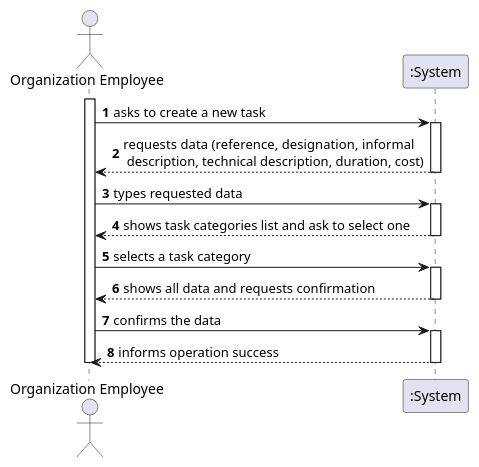
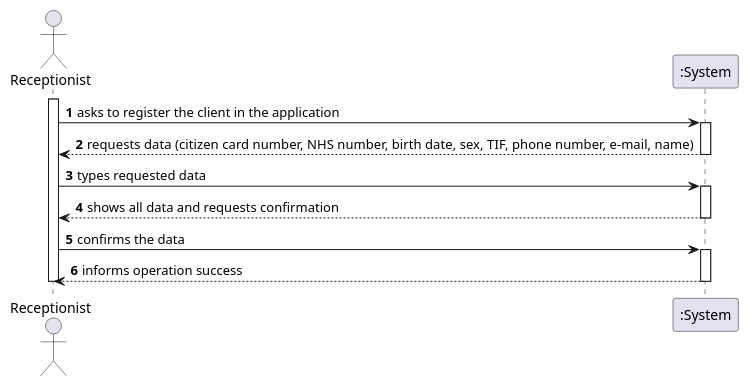
Before and after one commit to manu-07-ela/LAPR2_ISEP: the diagram in docs/SprintB/US03/US3_SSD.puml, drawn with PlantUML. The commit also changed 2 other files, not shown here.

```diff
--- a/docs/SprintB/US03/US3_SSD.puml
+++ b/docs/SprintB/US03/US3_SSD.puml
@@ -1,28 +1,23 @@
 @startuml
 autonumber
-actor "Organization Employee" as OE
+actor "Receptionist" as OE
 
 activate OE
-OE -> ":System" : asks to create a new task
+OE -> ":System" : asks to register the client in the application
 activate ":System"
-":System" --> OE : requests data (reference, designation,  informal \n description, technical description, duration, cost)
+":System" --> OE : requests data (citizen card number, NHS number, birth date, sex, TIF, phone number, e-mail, name)
 deactivate ":System"
 
 OE -> ":System" : types requested data
-activate ":System"
-":System" --> OE : shows task categories list and ask to select one
-deactivate ":System"
-
-OE -> ":System" : selects a task category
 activate ":System"
 ":System" --> OE : shows all data and requests confirmation
 deactivate ":System"
 
 OE -> ":System" : confirms the data
 activate ":System"
 ":System" --> OE : informs operation success
 deactivate ":System"
 
 deactivate OE
 
 @enduml
```
